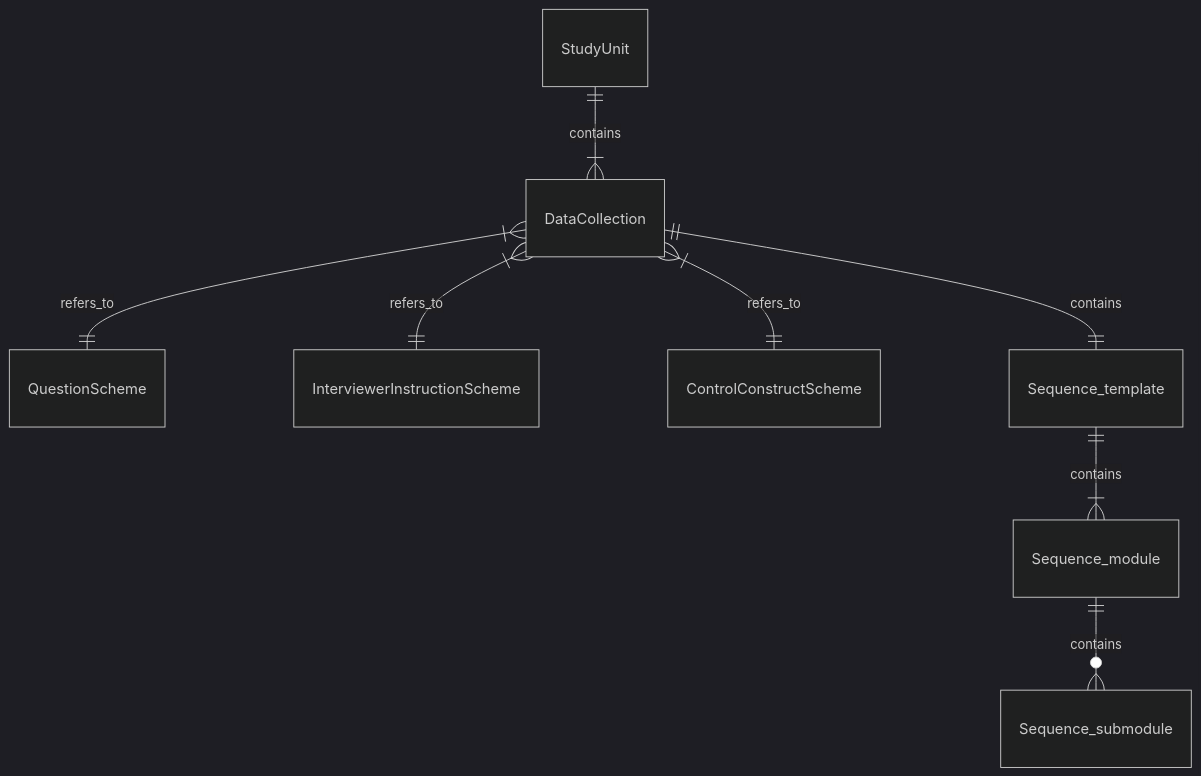
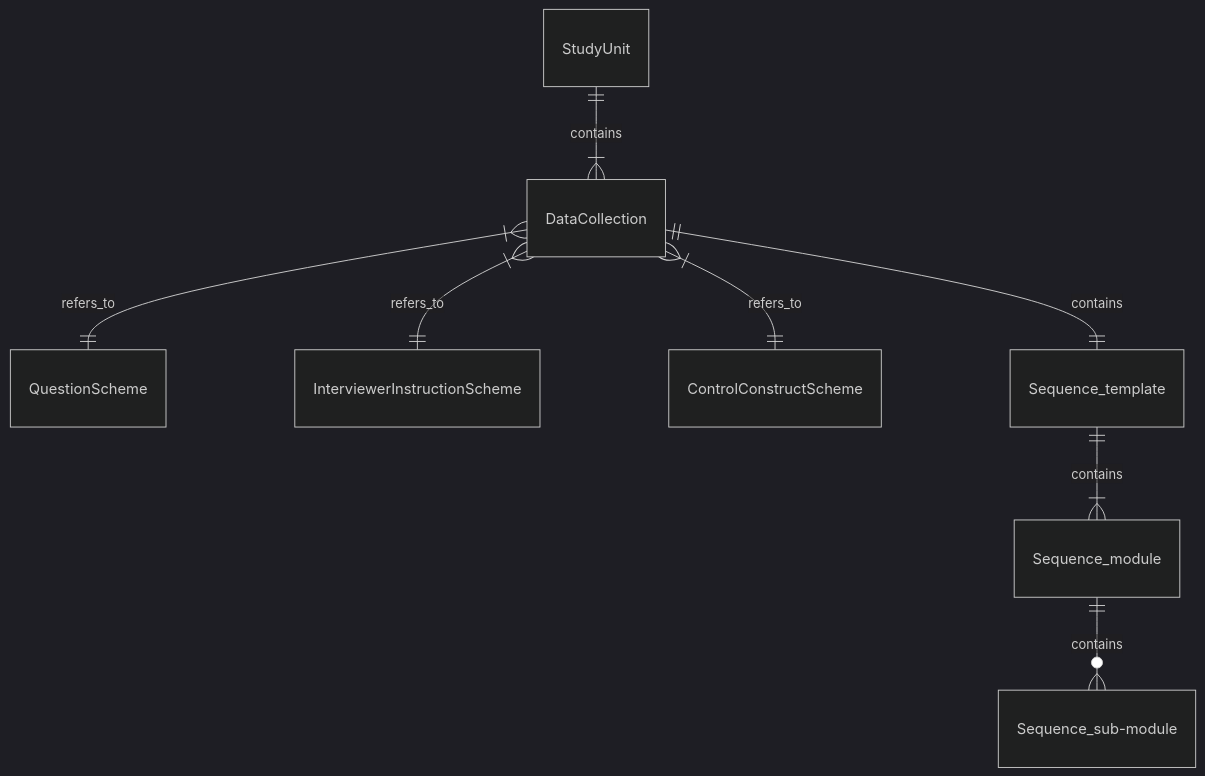
Before and after one commit to InseeFr/ddi-questionnaire-modeling: the diagram in sourcedocs/docs/structure/index.md, drawn with Mermaid (dark theme).

Commit message:
Update index.md
typo

````diff
--- a/sourcedocs/docs/structure/index.md
+++ b/sourcedocs/docs/structure/index.md
@@ -3,29 +3,29 @@
 ```mermaid
 erDiagram
     
     StudyUnit 
     DataCollection
     
     StudyUnit ||--|{ DataCollection : contains
     
     QuestionScheme
     InterviewerInstructionScheme
     ControlConstructScheme
     
     DataCollection |{--|| QuestionScheme : refers_to
     DataCollection |{--|| ControlConstructScheme : refers_to
     DataCollection |{--|| InterviewerInstructionScheme : refers_to
     
     Sequence_template
     
     DataCollection ||--|| Sequence_template : contains
     
     Sequence_module
     
     Sequence_template ||--|{ Sequence_module : contains
     
-    Sequence_submodule
+    Sequence_sub-module
     
-    Sequence_module ||--o{ Sequence_submodule : contains
+    Sequence_module ||--o{ Sequence_sub-module : contains
     
 ```
````
